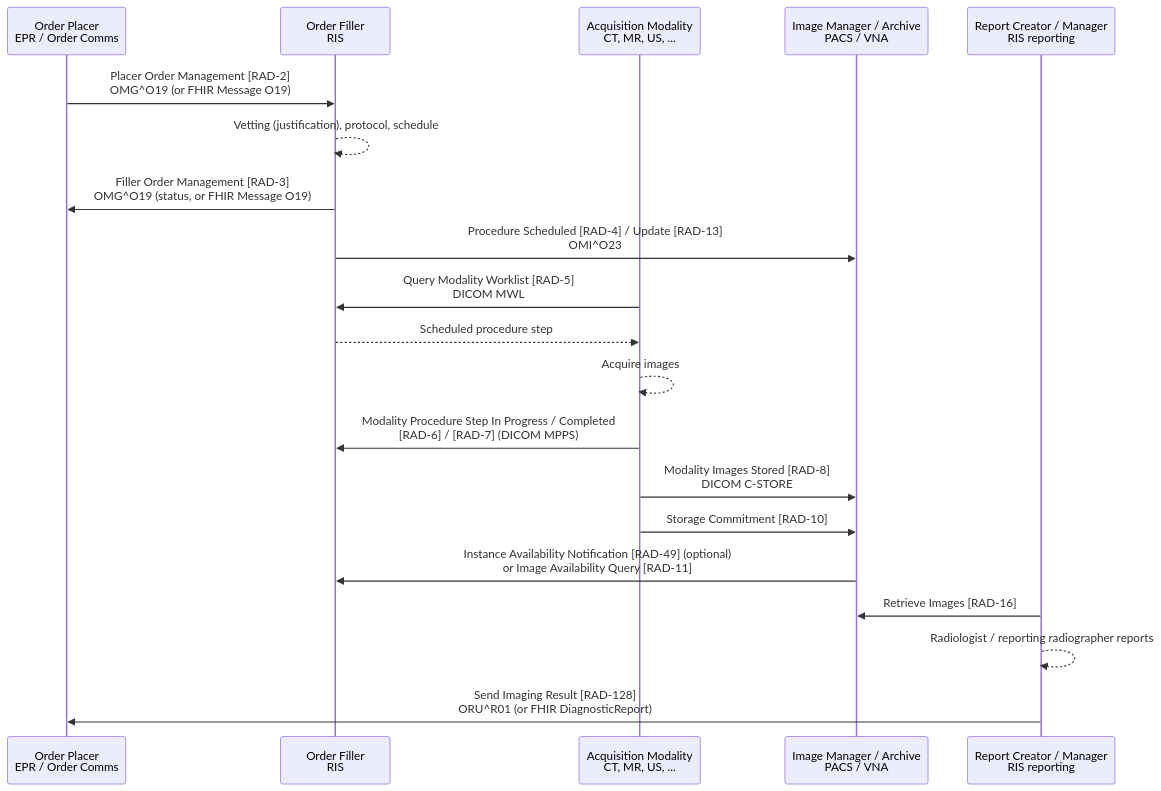
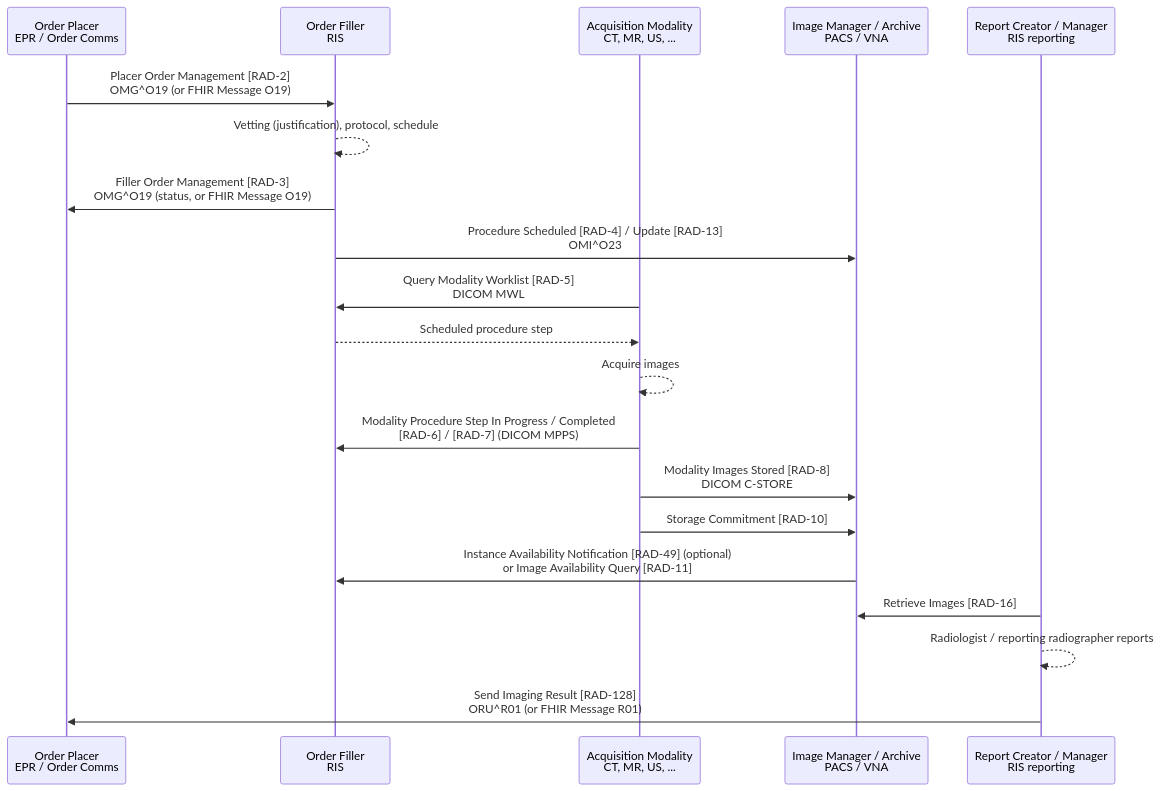
One commit to KevinMayfield/Imaging changed the second of 2 diagrams in input/pagecontent/SWF.md. Above: the diagram before and after it, drawn with Mermaid. The commit also changed other lines of this file and 5 other files, not shown here.

First line of the commit message:
Add Procedure Scheduled (O23) and Imaging Result (R01) FHIR Messages

````diff
--- a/input/pagecontent/SWF.md
+++ b/input/pagecontent/SWF.md
@@ -75,23 +75,23 @@
 ```mermaid
 sequenceDiagram
     participant OP as Order Placer<br/>EPR / Order Comms
     participant OF as Order Filler<br/>RIS
     participant MOD as Acquisition Modality<br/>CT, MR, US, ...
     participant IM as Image Manager / Archive<br/>PACS / VNA
     participant RC as Report Creator / Manager<br/>RIS reporting
 
     OP ->> OF: Placer Order Management [RAD-2]<br/>OMG^O19 (or FHIR Message O19)
     OF -->> OF: Vetting (justification), protocol, schedule
     OF ->> OP: Filler Order Management [RAD-3]<br/>OMG^O19 (status, or FHIR Message O19)
     OF ->> IM: Procedure Scheduled [RAD-4] / Update [RAD-13]<br/>OMI^O23
     MOD ->> OF: Query Modality Worklist [RAD-5]<br/>DICOM MWL
     OF -->> MOD: Scheduled procedure step
     MOD -->> MOD: Acquire images
     MOD ->> OF: Modality Procedure Step In Progress / Completed<br/>[RAD-6] / [RAD-7] (DICOM MPPS)
     MOD ->> IM: Modality Images Stored [RAD-8]<br/>DICOM C-STORE
     MOD ->> IM: Storage Commitment [RAD-10]
     IM ->> OF: Instance Availability Notification [RAD-49] (optional)<br/>or Image Availability Query [RAD-11]
     RC ->> IM: Retrieve Images [RAD-16]
     RC -->> RC: Radiologist / reporting radiographer reports
-    RC ->> OP: Send Imaging Result [RAD-128]<br/>ORU^R01 (or FHIR DiagnosticReport)
+    RC ->> OP: Send Imaging Result [RAD-128]<br/>ORU^R01 (or FHIR Message R01)
 ```
````
